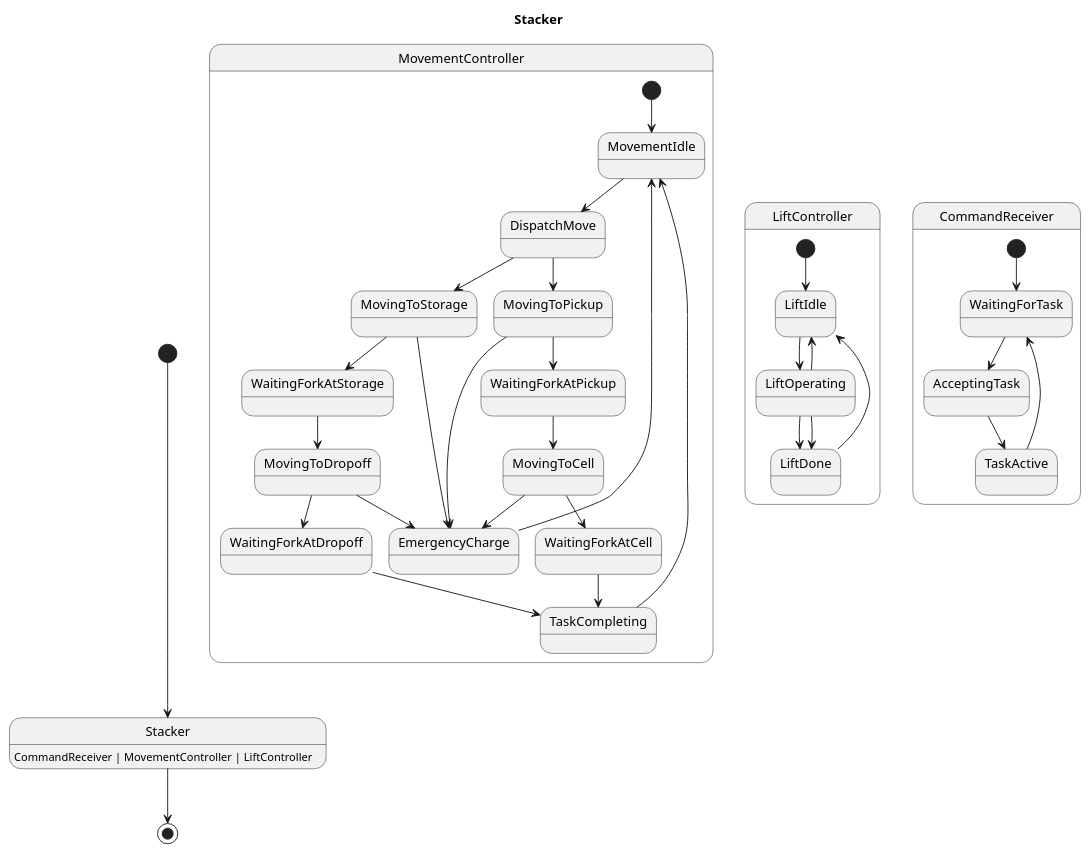
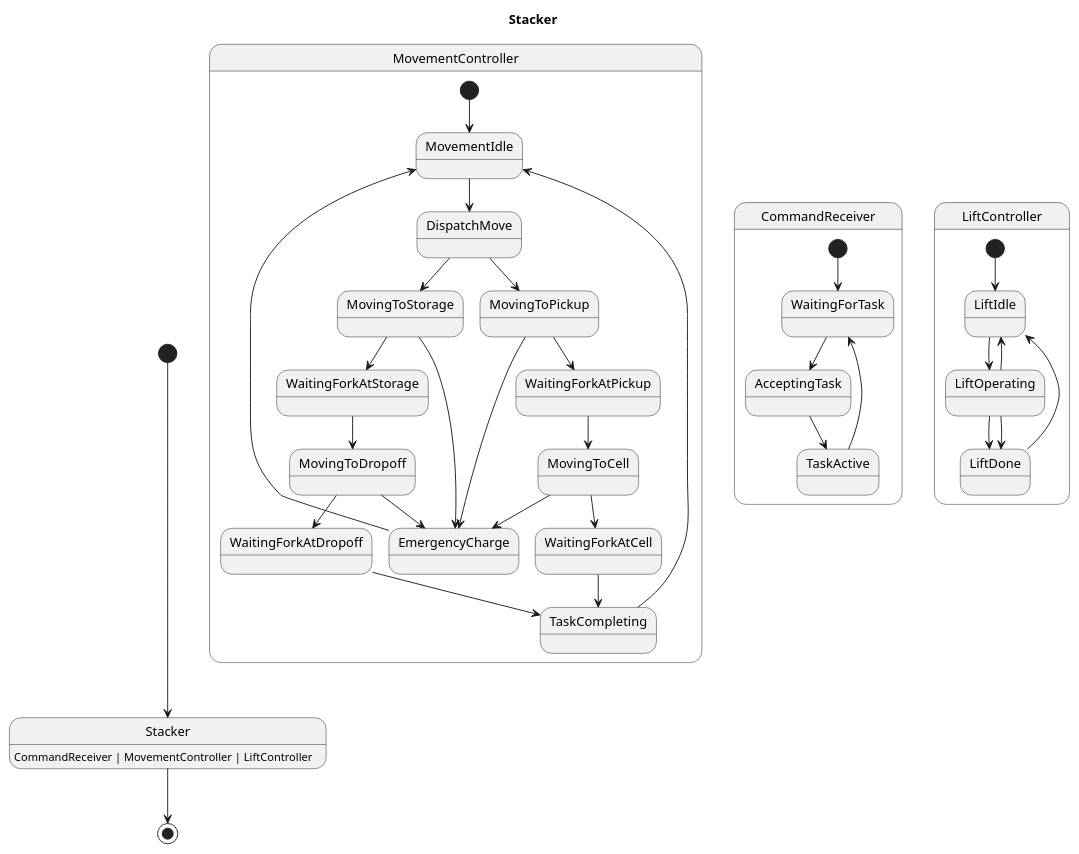
The diagram in examples/generated/plantuml/stacker.puml (Pastor/Takt), drawn with PlantUML before and after one commit. The commit also changed other lines of this file and 23 other files, not shown here.

```diff
--- a/examples/generated/plantuml/stacker.puml
+++ b/examples/generated/plantuml/stacker.puml
@@ -1,45 +1,45 @@
 @startuml
 title Stacker
 
 [*] --> Stacker
 Stacker : CommandReceiver | MovementController | LiftController
 Stacker --> [*]
 
 state MovementController {
     [*] --> MovementIdle
+    MovingToDropoff --> WaitingForkAtDropoff
+    MovingToDropoff --> EmergencyCharge
     EmergencyCharge --> MovementIdle
-    WaitingForkAtCell --> TaskCompleting
+    MovingToCell --> WaitingForkAtCell
+    MovingToCell --> EmergencyCharge
+    WaitingForkAtStorage --> MovingToDropoff
+    TaskCompleting --> MovementIdle
     DispatchMove --> MovingToPickup
     DispatchMove --> MovingToStorage
-    WaitingForkAtPickup --> MovingToCell
-    WaitingForkAtDropoff --> TaskCompleting
-    WaitingForkAtStorage --> MovingToDropoff
+    WaitingForkAtCell --> TaskCompleting
     MovementIdle --> DispatchMove
-    MovingToDropoff --> WaitingForkAtDropoff
-    MovingToDropoff --> EmergencyCharge
-    TaskCompleting --> MovementIdle
-    MovingToCell --> WaitingForkAtCell
-    MovingToCell --> EmergencyCharge
     MovingToStorage --> WaitingForkAtStorage
     MovingToStorage --> EmergencyCharge
+    WaitingForkAtPickup --> MovingToCell
     MovingToPickup --> WaitingForkAtPickup
     MovingToPickup --> EmergencyCharge
+    WaitingForkAtDropoff --> TaskCompleting
+}
+
+state CommandReceiver {
+    [*] --> WaitingForTask
+    WaitingForTask --> AcceptingTask
+    TaskActive --> WaitingForTask
+    AcceptingTask --> TaskActive
 }
 
 state LiftController {
     [*] --> LiftIdle
-    LiftIdle --> LiftOperating
-    LiftDone --> LiftIdle
     LiftOperating --> LiftDone
     LiftOperating --> LiftDone
     LiftOperating --> LiftIdle
-}
-
-state CommandReceiver {
-    [*] --> WaitingForTask
-    TaskActive --> WaitingForTask
-    AcceptingTask --> TaskActive
-    WaitingForTask --> AcceptingTask
+    LiftIdle --> LiftOperating
+    LiftDone --> LiftIdle
 }
 
 @enduml
```
